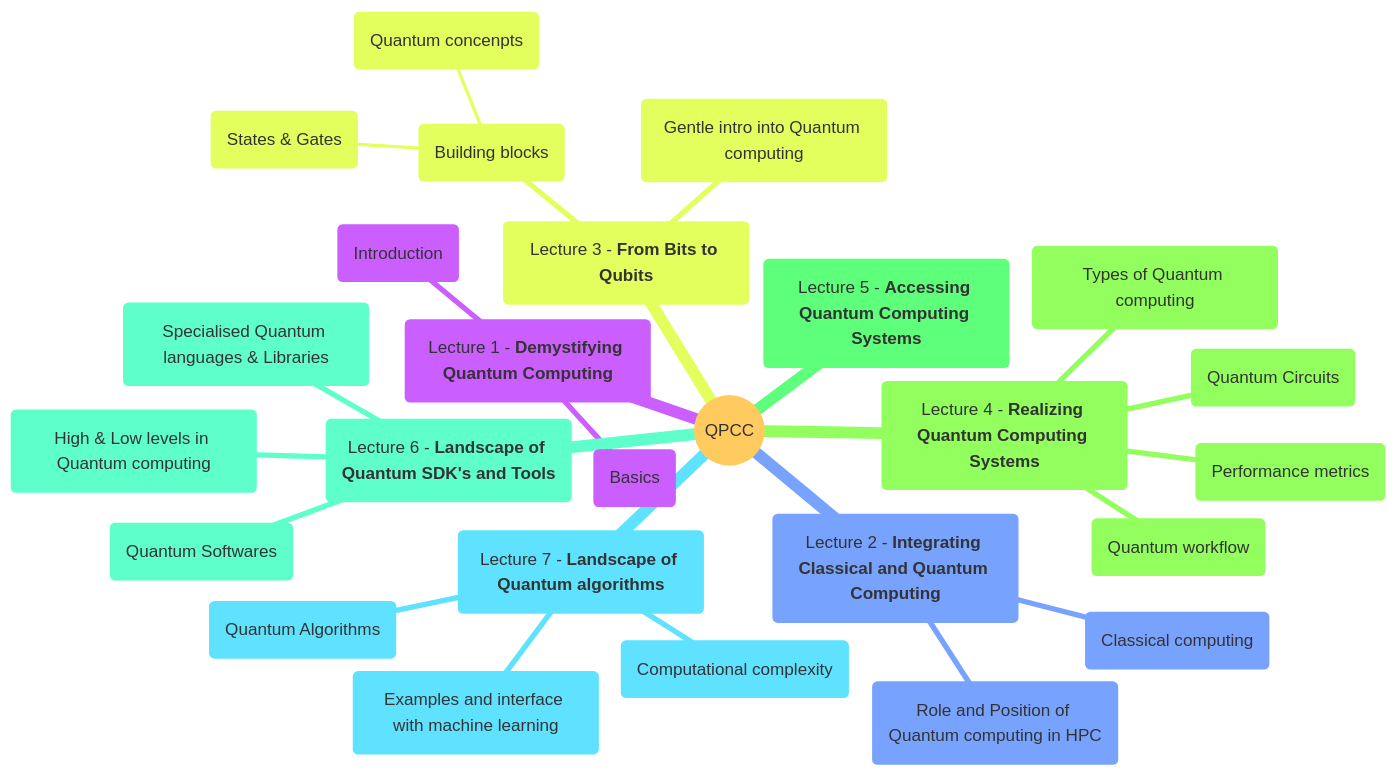
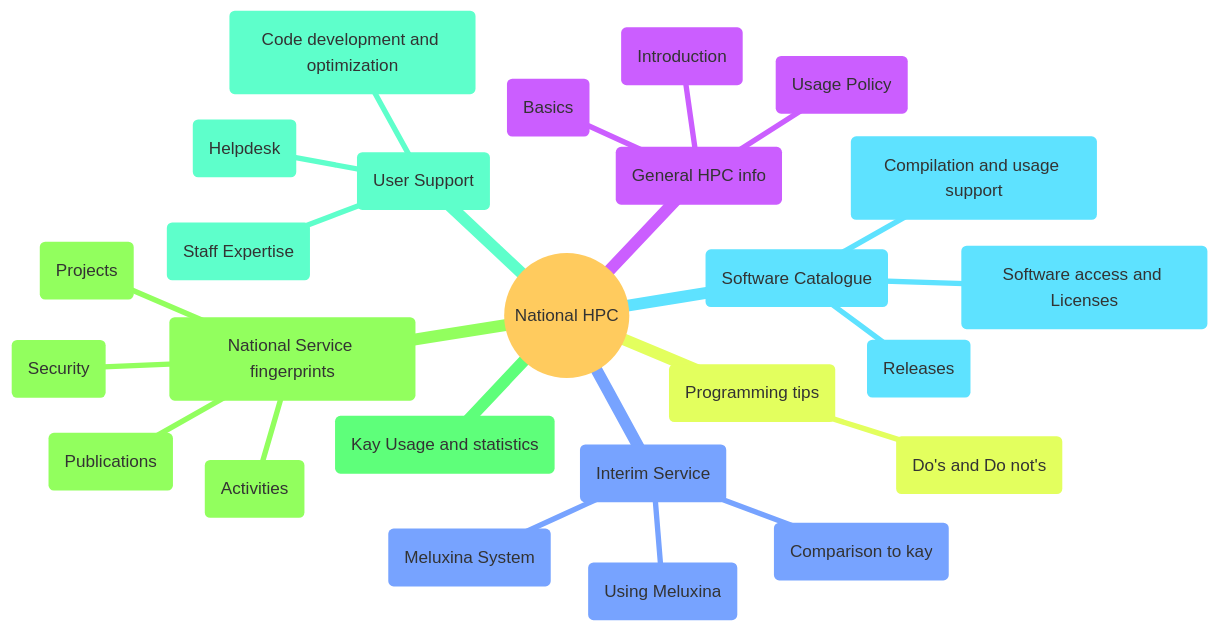
The diagram in index.md (ICHEC/qpcc), drawn with Mermaid before and after one commit. The commit also changed other lines of this file, not shown here.

````diff
--- a/index.md
+++ b/index.md
@@ -10,37 +13,36 @@
 ```{mermaid}
 %%{init: {'theme':'base', 'fontSize': '24', 'securityLevel': "loose"}}%%
 mindmap
-  root((QPCC))
-    lec1("Lecture 1 - **Demystifying Quantum Computing**")
+  root((National HPC))
+    lec1("General HPC info")
     ::icon(fa fa-book)
         (Introduction)
         (Basics)
-    lec2(Lecture 2 - **Integrating Classical and Quantum Computing**)
+        (Usage Policy)
+    lec2("Interim Service")
     ::icon(fa fa-book)
-        (Classical computing)
-        (Role and Position of Quantum computing in HPC)
-    lec3(Lecture 3 - **From Bits to Qubits**)
+        (Meluxina System)
+        (Comparison to kay)
+        (Using Meluxina)
+    lec3("Programming tips")
     ::icon(fa fa-book)
-        (Gentle intro into Quantum computing)
-        (Building blocks)
-            (States & Gates)
-            (Quantum concenpts)
-    lec4(Lecture 4 - **Realizing Quantum Computing Systems**)
+        (Do's and Do not's)
+    lec4(National Service fingerprints)
     ::icon(fa fa-book)
-        (Quantum Circuits)
-        (Quantum workflow)
-        (Types of Quantum computing)
-        (Performance metrics)
-    lec5(Lecture 5 - **Accessing Quantum Computing Systems**)
+        (Activities)
+        (Projects)
+        (Security)
+        (Publications)
+    lec5(Kay Usage and statistics)
     ::icon(fa fa-book)
-    lec6(Lecture 6 - **Landscape of Quantum SDK's and Tools**)
+    lec6(User Support)
     ::icon(fa fa-book)
-        (High & Low levels in Quantum computing)
-        (Quantum Softwares)
-        (Specialised Quantum languages & Libraries)
-    lec7(Lecture 7 - **Landscape of Quantum algorithms**)
+        (Helpdesk)
+        (Staff Expertise)
+        (Code development and optimization)
+    lec7(Software Catalogue)
     ::icon(fa fa-book)
-        (Computational complexity)
-        (Quantum Algorithms)
-        (Examples and interface with machine learning)
+        (Software access and Licenses)
+        (Compilation and usage support)
+        (Releases)
 ```
````
